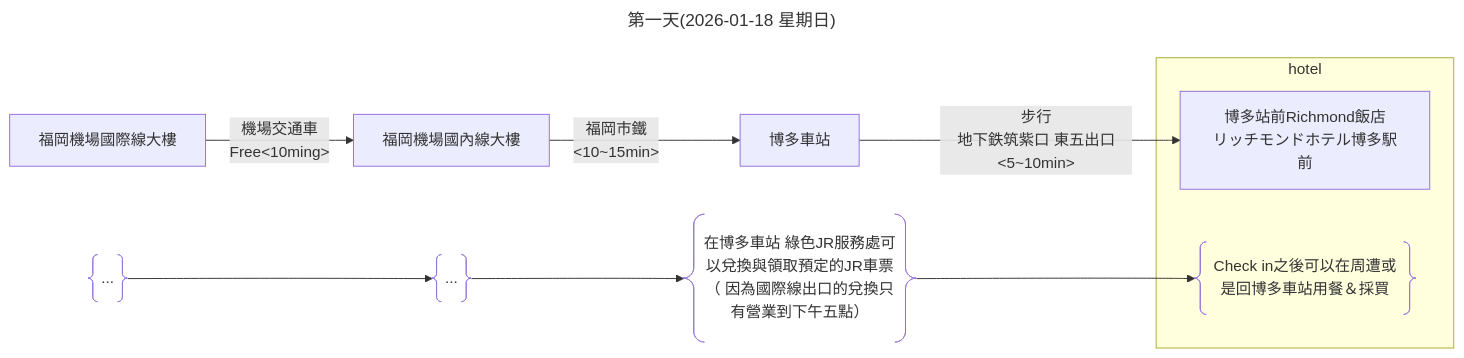
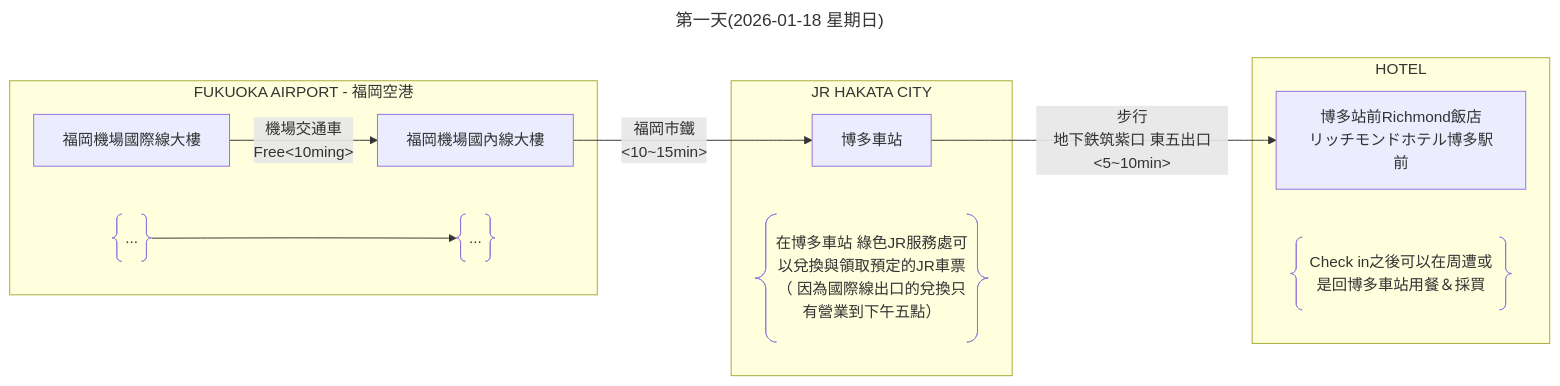
One commit to Shuming-Yang/2026-January-Trip changed the diagram in 行程規劃.md. Above: the diagram before and after it, drawn with Mermaid.

````diff
--- a/行程規劃.md
+++ b/行程規劃.md
@@ -15,20 +15,25 @@
 ```mermaid
 ---
 title: 第一天(2026-01-18 星期日)
 ---
 flowchart LR
-    subgraph hotel
+    subgraph FUKUOKA AIRPORT - 福岡空港
+        A[福岡機場國際線大樓]
+        B[福岡機場國內線大樓]
+        W@{ shape: braces, label: "..." }
+        X@{ shape: braces, label: "..." }
+    end
+    subgraph JR HAKATA CITY
+        C[博多車站]
+        Y@{ shape: braces, label: "在博多車站 綠色JR服務處可以兌換與領取預定的JR車票（ 因為國際線出口的兌換只有營業到下午五點）" }
+    end
+    subgraph HOTEL
         D[博多站前Richmond飯店<br>リッチモンドホテル博多駅前]
         Z@{ shape: braces, label: "Check in之後可以在周遭或是回博多車站用餐＆採買" }
     end
-    A[福岡機場國際線大樓] --> |機場交通車<br>Free<10ming>| B[福岡機場國內線大樓]
-    B --> |福岡市鐵<br><10~15min>| C[博多車站]
+    A --> |機場交通車<br>Free<10ming>| B
+    B --> |福岡市鐵<br><10~15min>| C
     C --> |步行<br>地下鉄筑紫口 東五出口<5~10min>| D
 
-    W@{ shape: braces, label: "..." }
-    X@{ shape: braces, label: "..." }
-    Y@{ shape: braces, label: "在博多車站 綠色JR服務處可以兌換與領取預定的JR車票（ 因為國際線出口的兌換只有營業到下午五點）" }
     W --> X
-    X --> Y
-    Y --> Z
 ```
````
